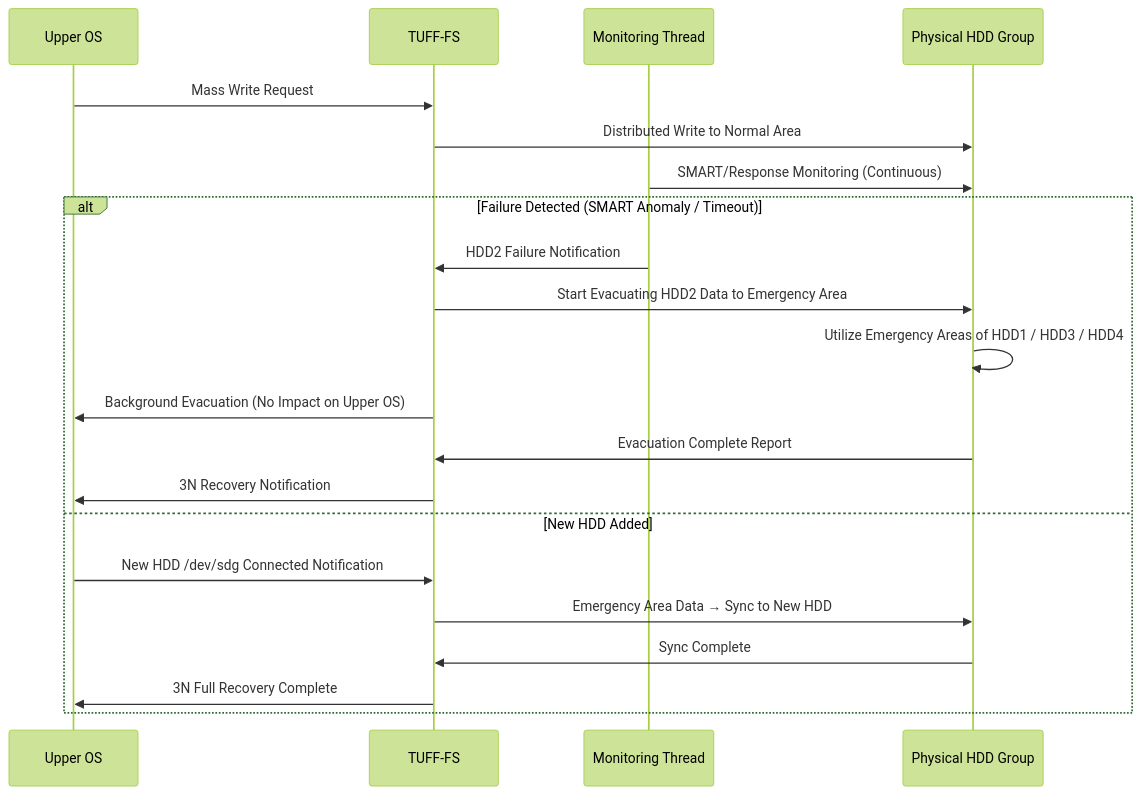
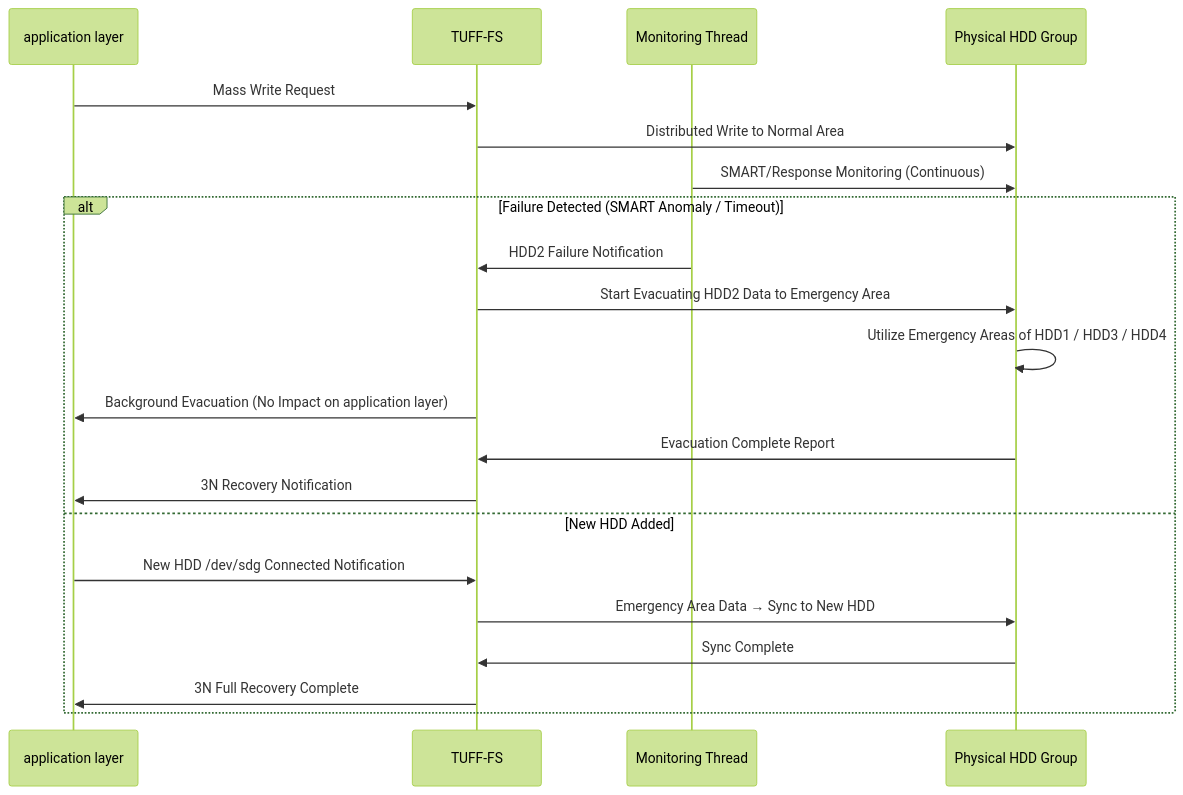
The second of 2 diagrams in MANUALS/TUFF-FS_Emergency_Area_Spec.md (elementary-particles-Man/TUFF-OS-ISO), drawn with Mermaid (forest theme) before and after one commit. The commit also changed other lines of this file and 41 other files, not shown here.

Commit message:
DOCS: Comprehensive overhaul of manuals to reflect Pure Rust Bare-metal Sovereign Core and ZRAM architecture.

````diff
--- a/MANUALS/TUFF-FS_Emergency_Area_Spec.md
+++ b/MANUALS/TUFF-FS_Emergency_Area_Spec.md
@@ -51,24 +51,24 @@
 ```mermaid
 sequenceDiagram
-    participant User as Upper OS
+    participant User as application layer
     participant FS as TUFF-FS
     participant Monitor as Monitoring Thread
     participant Disk as Physical HDD Group
 
     User->>FS: Mass Write Request
     FS->>Disk: Distributed Write to Normal Area
     Monitor->>Disk: SMART/Response Monitoring (Continuous)
     alt Failure Detected (SMART Anomaly / Timeout)
         Monitor->>FS: HDD2 Failure Notification
         FS->>Disk: Start Evacuating HDD2 Data to Emergency Area
         Disk->>Disk: Utilize Emergency Areas of HDD1 / HDD3 / HDD4
-        FS->>User: Background Evacuation (No Impact on Upper OS)
+        FS->>User: Background Evacuation (No Impact on application layer)
         Disk->>FS: Evacuation Complete Report
         FS->>User: 3N Recovery Notification
     else New HDD Added
         User->>FS: New HDD /dev/sdg Connected Notification
         FS->>Disk: Emergency Area Data → Sync to New HDD
         Disk->>FS: Sync Complete
         FS->>User: 3N Full Recovery Complete
     end
 ```
````
